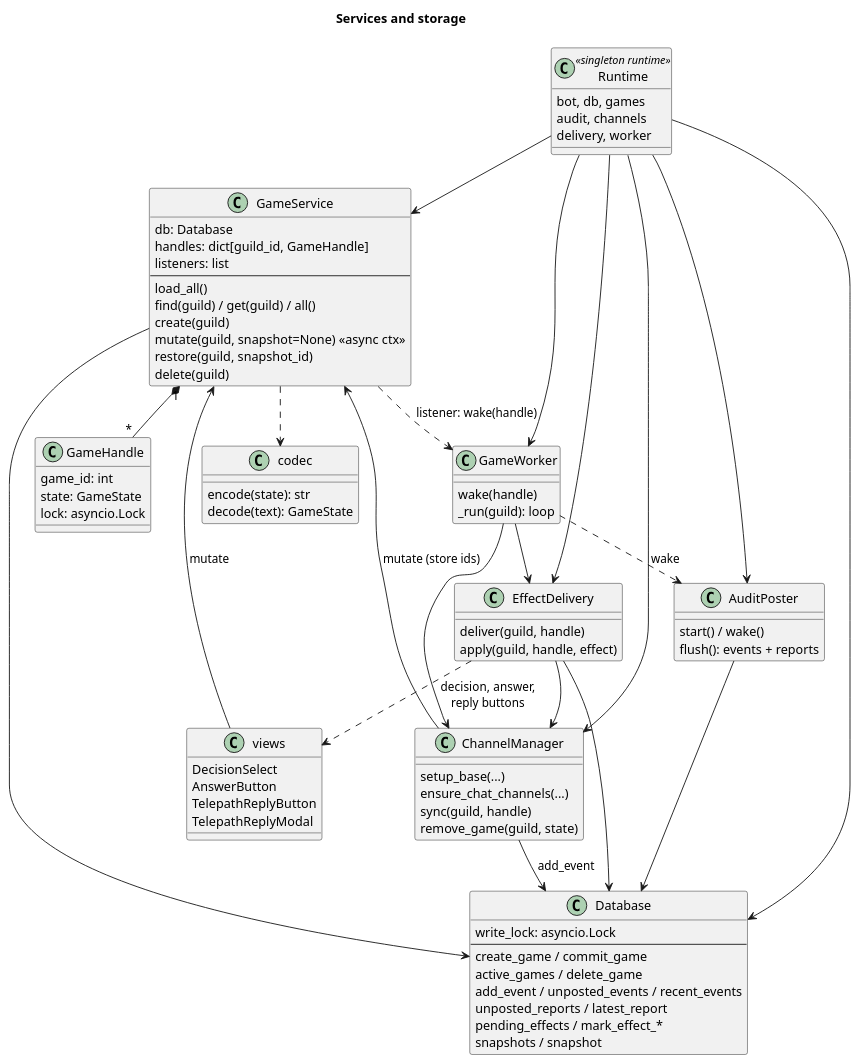
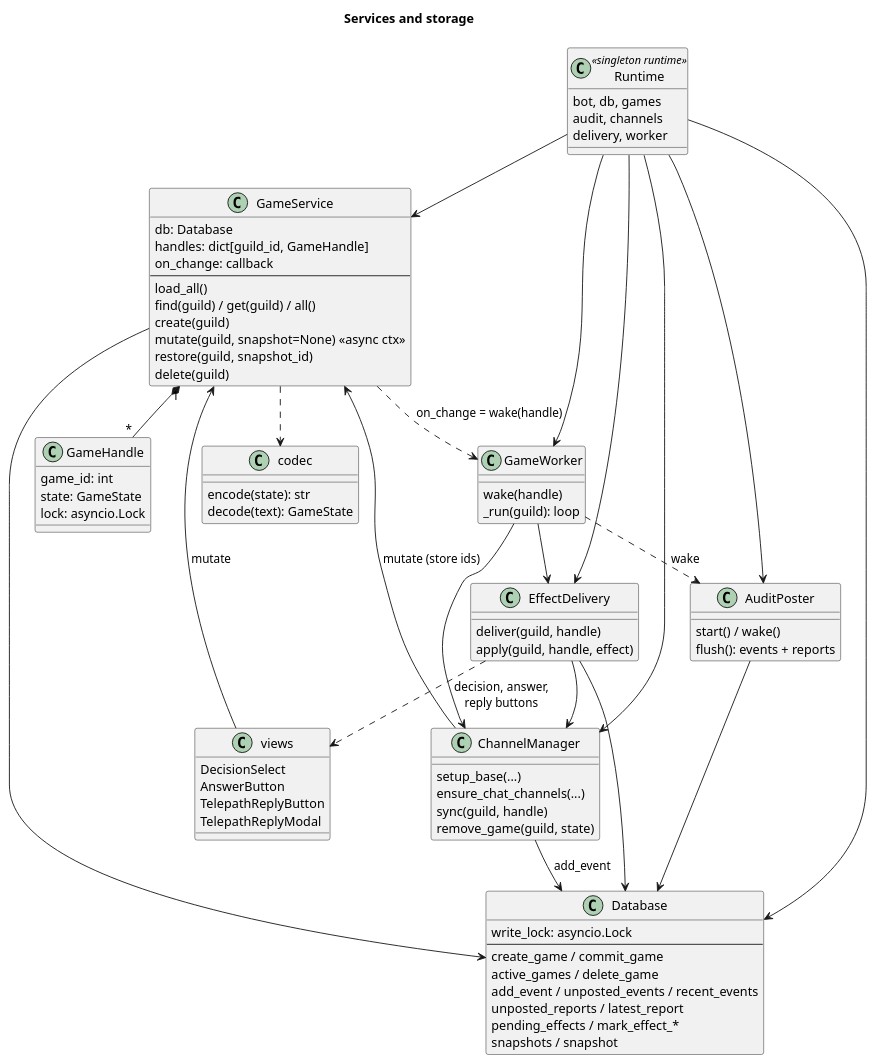
The diagram in Docs/diagrams/08-services.puml (Mad-Scientist-Guild/Werewolves-bot), drawn with PlantUML before and after one commit. The commit also changed 87 other files, not shown here.

```diff
--- a/Docs/diagrams/08-services.puml
+++ b/Docs/diagrams/08-services.puml
@@ -1,96 +1,96 @@
 @startuml 08-services
 !pragma layout smetana
 title Services and storage
 
 class Runtime <<singleton runtime>> {
   bot, db, games
   audit, channels
   delivery, worker
 }
 
 class GameService {
   db: Database
   handles: dict[guild_id, GameHandle]
-  listeners: list
+  on_change: callback
   --
   load_all()
   find(guild) / get(guild) / all()
   create(guild)
   mutate(guild, snapshot=None) <<async ctx>>
   restore(guild, snapshot_id)
   delete(guild)
 }
 
 class GameHandle {
   game_id: int
   state: GameState
   lock: asyncio.Lock
 }
 
 class GameWorker {
   wake(handle)
   _run(guild): loop
 }
 
 class EffectDelivery {
   deliver(guild, handle)
   apply(guild, handle, effect)
 }
 
 class ChannelManager {
   setup_base(...)
   ensure_chat_channels(...)
   sync(guild, handle)
   remove_game(guild, state)
 }
 
 class AuditPoster {
   start() / wake()
   flush(): events + reports
 }
 
 class Database {
   write_lock: asyncio.Lock
   --
   create_game / commit_game
   active_games / delete_game
   add_event / unposted_events / recent_events
   unposted_reports / latest_report
   pending_effects / mark_effect_*
   snapshots / snapshot
 }
 
 class "codec" as Codec {
   encode(state): str
   decode(text): GameState
 }
 
 class "views" as Views {
   DecisionSelect
   AnswerButton
   TelepathReplyButton
   TelepathReplyModal
 }
 
 Runtime --> GameService
 Runtime --> GameWorker
 Runtime --> EffectDelivery
 Runtime --> ChannelManager
 Runtime --> AuditPoster
 Runtime --> Database
 
 GameService "1" *-- "*" GameHandle
 GameService --> Database
 GameService ..> Codec
-GameService ..> GameWorker : listener: wake(handle)
+GameService ..> GameWorker : on_change = wake(handle)
 GameWorker --> ChannelManager
 GameWorker --> EffectDelivery
 GameWorker ..> AuditPoster : wake
 EffectDelivery --> Database
 EffectDelivery --> ChannelManager
 EffectDelivery ..> Views : decision, answer,\nreply buttons
 ChannelManager --> GameService : mutate (store ids)
 ChannelManager --> Database : add_event
 AuditPoster --> Database
 Views --> GameService : mutate
 @enduml
```
